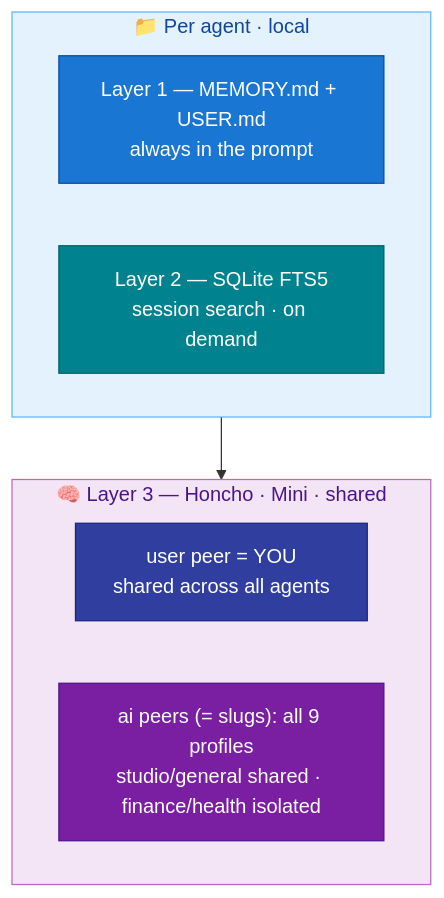
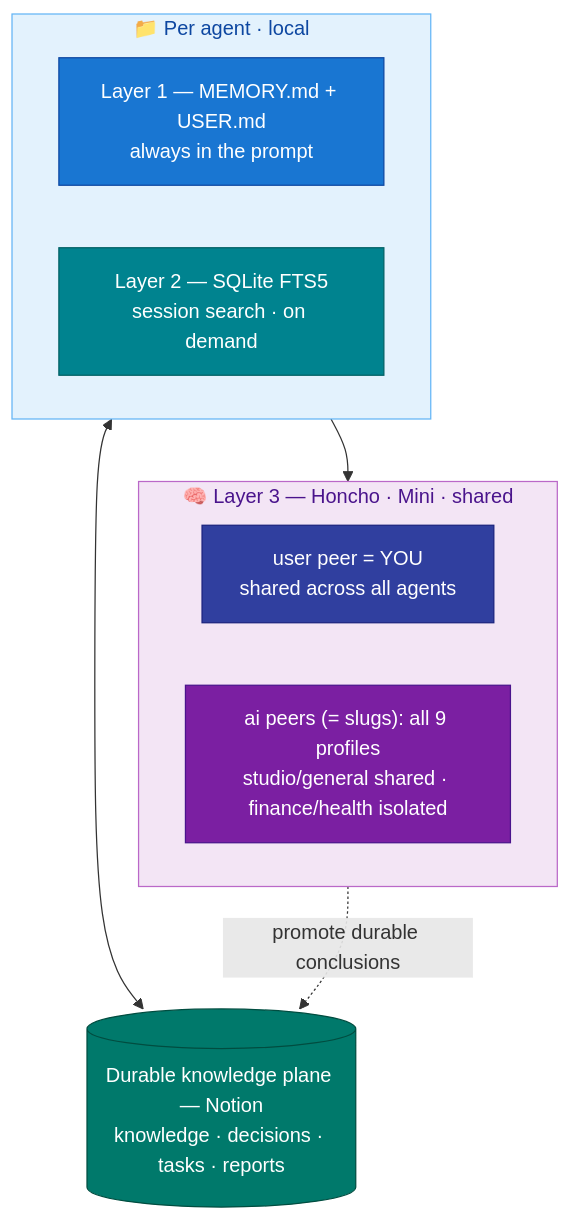
One commit to mpolatcan/hermes-setup changed the first of 2 diagrams in docs/07-memory.md. Above: the diagram before and after it, drawn with Mermaid. The commit also changed other lines of this file and 12 other files, not shown here.

````diff
--- a/docs/07-memory.md
+++ b/docs/07-memory.md
@@ -7,18 +7,22 @@
 ```mermaid
 flowchart TB
     subgraph per["📁 Per agent · local"]
         L1["Layer 1 — MEMORY.md + USER.md<br/>always in the prompt"]:::l1
         L2["Layer 2 — SQLite FTS5<br/>session search · on demand"]:::l2
     end
     subgraph hon["🧠 Layer 3 — Honcho · Mini · shared"]
         user["user peer = YOU<br/>shared across all agents"]:::user
         peers["ai peers (= slugs): all 9 profiles<br/>studio/general shared · finance/health isolated"]:::infra
     end
+    notion[("Durable knowledge plane — Notion<br/>knowledge · decisions · tasks · reports")]:::knowledge
     per --> hon
+    per <--> notion
+    hon -. "promote durable conclusions" .-> notion
     classDef l1 fill:#1976D2,stroke:#0D47A1,color:#fff
     classDef l2 fill:#00838F,stroke:#006064,color:#fff
     classDef user fill:#303F9F,stroke:#1A237E,color:#fff
     classDef infra fill:#7B1FA2,stroke:#4A148C,color:#fff
+    classDef knowledge fill:#00796B,stroke:#004D40,color:#fff
     style per fill:#E3F2FD,stroke:#64B5F6,color:#0D47A1
     style hon fill:#F3E5F5,stroke:#BA68C8,color:#4A148C
 ```
````
